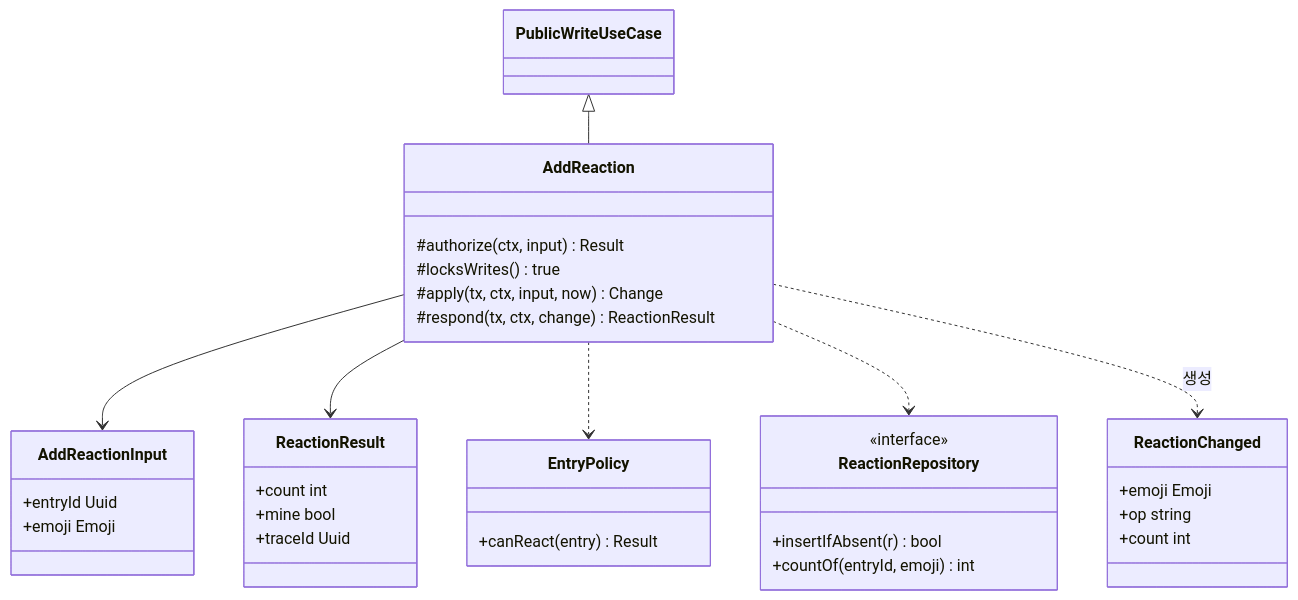
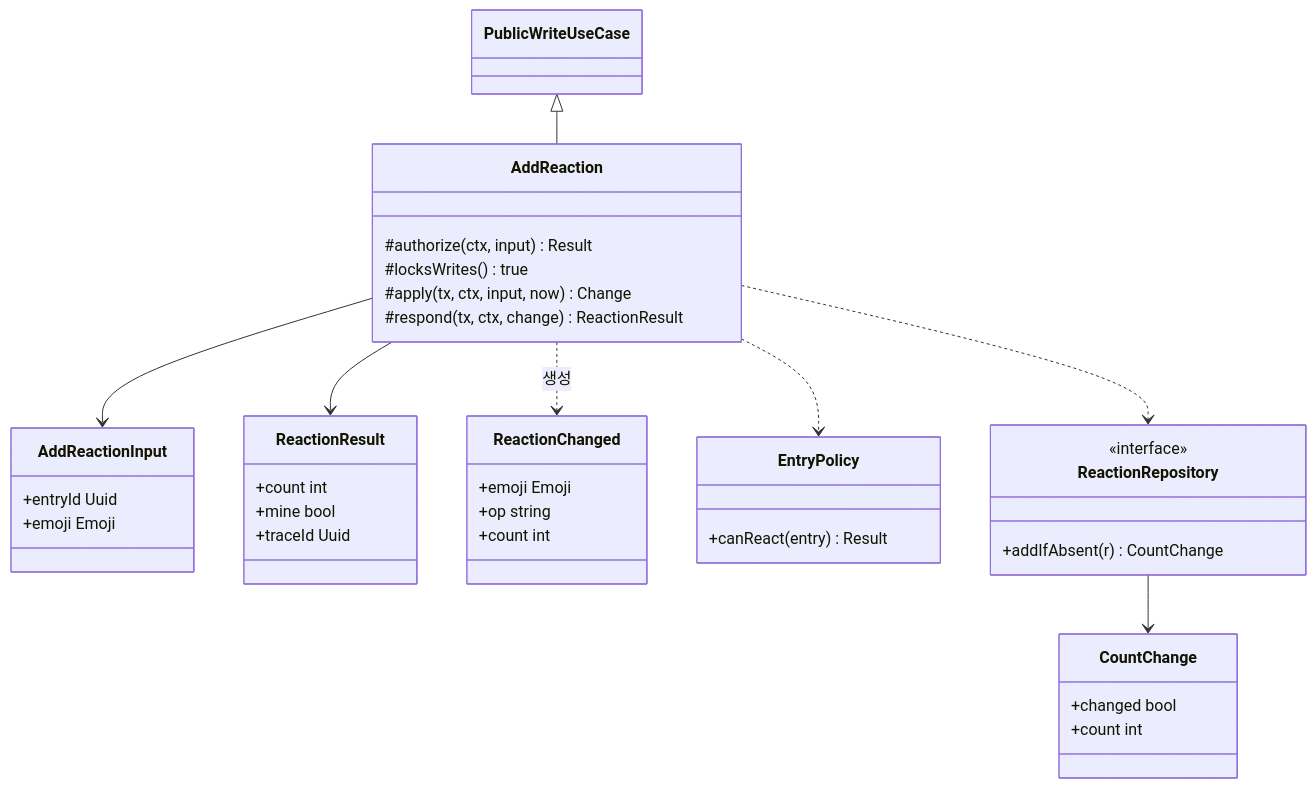
Before and after one commit to 1985jwlee/portpolio_backend: diagram 19 of 43 in docs/design/features/11-guestbook-write.md, drawn with Mermaid. The commit also changed other lines of this file and 23 other files, not shown here.

````diff
--- a/docs/design/features/11-guestbook-write.md
+++ b/docs/design/features/11-guestbook-write.md
@@ -1068,37 +1137,41 @@
 ```mermaid
 classDiagram
     class AddReaction {
         #authorize(ctx, input) Result
         #locksWrites() true
         #apply(tx, ctx, input, now) Change
         #respond(tx, ctx, change) ReactionResult
     }
     class AddReactionInput {
         +entryId Uuid
         +emoji Emoji
     }
     class ReactionResult {
         +count int
         +mine bool
         +traceId Uuid
     }
     class ReactionChanged {
         +emoji Emoji
         +op string
         +count int
     }
     class EntryPolicy {
         +canReact(entry) Result
     }
     class ReactionRepository {
         <<interface>>
-        +insertIfAbsent(r) bool
-        +countOf(entryId, emoji) int
+        +addIfAbsent(r) CountChange
+    }
+    class CountChange {
+        +changed bool
+        +count int
     }
     PublicWriteUseCase <|-- AddReaction
+    ReactionRepository --> CountChange
     AddReaction --> AddReactionInput
     AddReaction --> ReactionResult
     AddReaction ..> EntryPolicy
     AddReaction ..> ReactionRepository
     AddReaction ..> ReactionChanged : 생성
 ```
````
